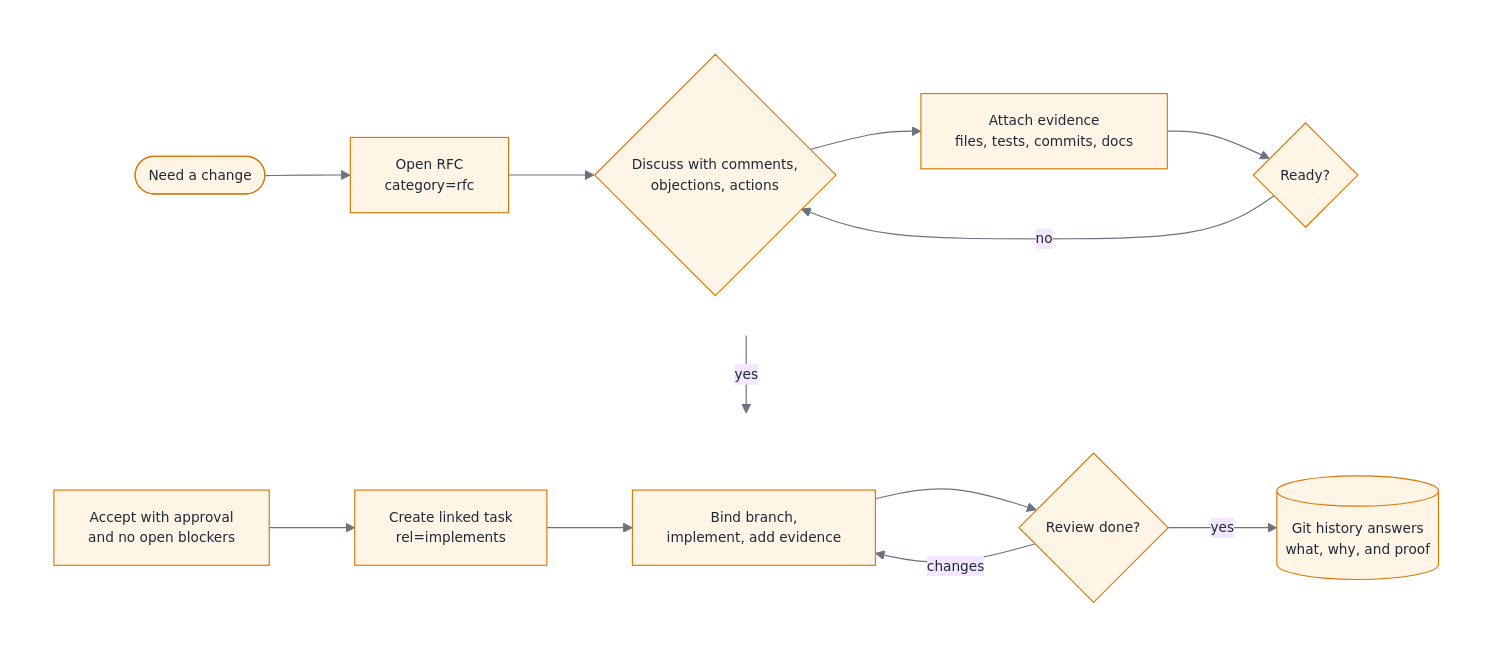
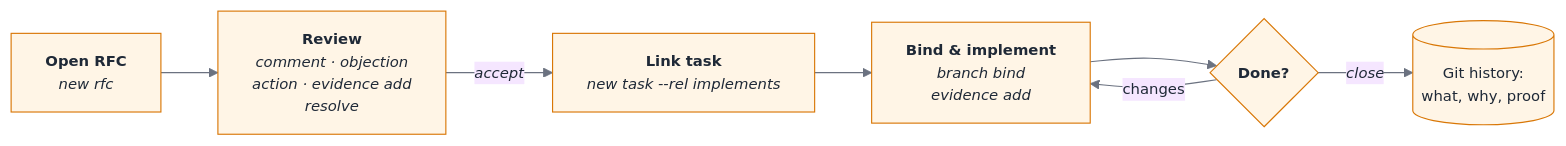
The diagram in README.md (tmineno/gitforum), drawn with Mermaid before and after one commit.

Commit message:
docs(readme): compact workflow diagram with git forum commands annotated

````diff
--- a/README.md
+++ b/README.md
@@ -13,32 +13,19 @@
 ```mermaid
 ---
 config:
   theme: "base"
   themeVariables:
-    fontSize: 12px
+    fontSize: 13px
     primaryColor: "#fff5e6"
     primaryBorderColor: "#d97706"
     primaryTextColor: "#1f2937"
     lineColor: "#6b7280"
 ---
-flowchart TB
-    subgraph row1[" "]
-      direction LR
-      need([Need a change]) --> rfc[Open RFC<br/>category=rfc]
-      rfc --> discuss{Discuss with comments,<br/>objections, actions}
-      discuss --> evidence[Attach evidence<br/>files, tests, commits, docs]
-      evidence --> decision{Ready?}
-      decision -- no --> discuss
-    end
-    subgraph row2[" "]
-      direction LR
-      accept[Accept with approval<br/>and no open blockers] --> task[Create linked task<br/>rel=implements]
-      task --> implement[Bind branch,<br/>implement, add evidence]
-      implement --> review{Review done?}
-      review -- changes --> implement
-      review -- yes --> memory[(Git history answers<br/>what, why, and proof)]
-    end
-    decision -- yes --> accept
-    classDef invisible fill:transparent,stroke:transparent
-    class row1,row2 invisible
+flowchart LR
+    rfc["<b>Open RFC</b><br/><i>new rfc</i>"] --> review["<b>Review</b><br/><i>comment · objection<br/>action · evidence add<br/>resolve</i>"]
+    review -- "<i>accept</i>" --> task["<b>Link task</b><br/><i>new task --rel implements</i>"]
+    task --> implement["<b>Bind & implement</b><br/><i>branch bind<br/>evidence add</i>"]
+    implement --> done{"<b>Done?</b>"}
+    done -- "changes" --> implement
+    done -- "<i>close</i>" --> memory[("Git history:<br/>what, why, proof")]
 ```
````
